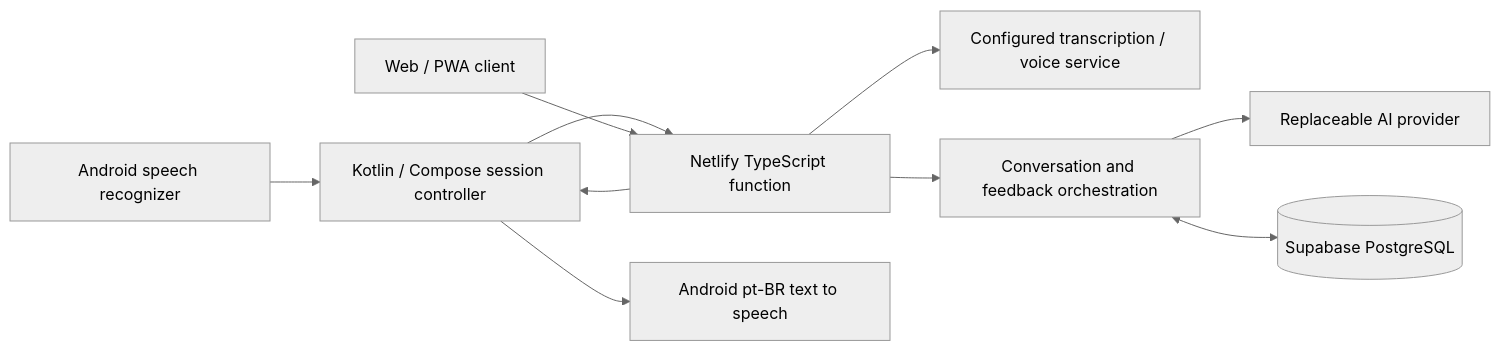
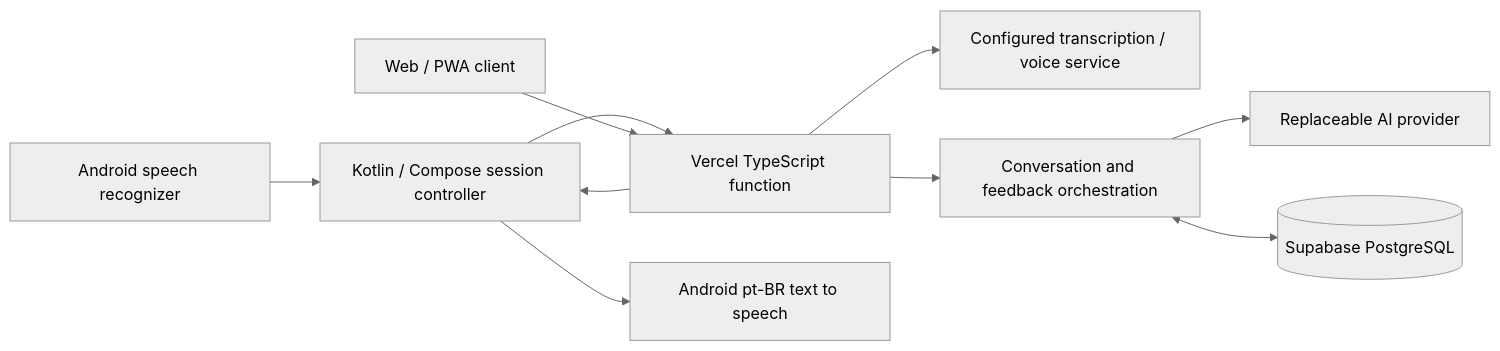
One commit to gdarmon/SpeechApp changed the diagram in docs/architecture.md. Above: the diagram before and after it, drawn with Mermaid (neutral theme). The commit also changed other lines of this file and 5 other files, not shown here.

````diff
--- a/docs/architecture.md
+++ b/docs/architecture.md
@@ -7,12 +7,12 @@
 ```mermaid
 flowchart LR
     Mic[Android speech recognizer] --> Client[Kotlin / Compose session controller]
-    Client --> API[Netlify TypeScript function]
+    Client --> API[Vercel TypeScript function]
     Browser[Web / PWA client] --> API
     API --> WebAudio[Configured transcription / voice service]
     API --> Coach[Conversation and feedback orchestration]
     Coach --> Provider[Replaceable AI provider]
     Coach <--> DB[(Supabase PostgreSQL)]
     API --> Client
     Client --> Speech[Android pt-BR text to speech]
 ```
````
